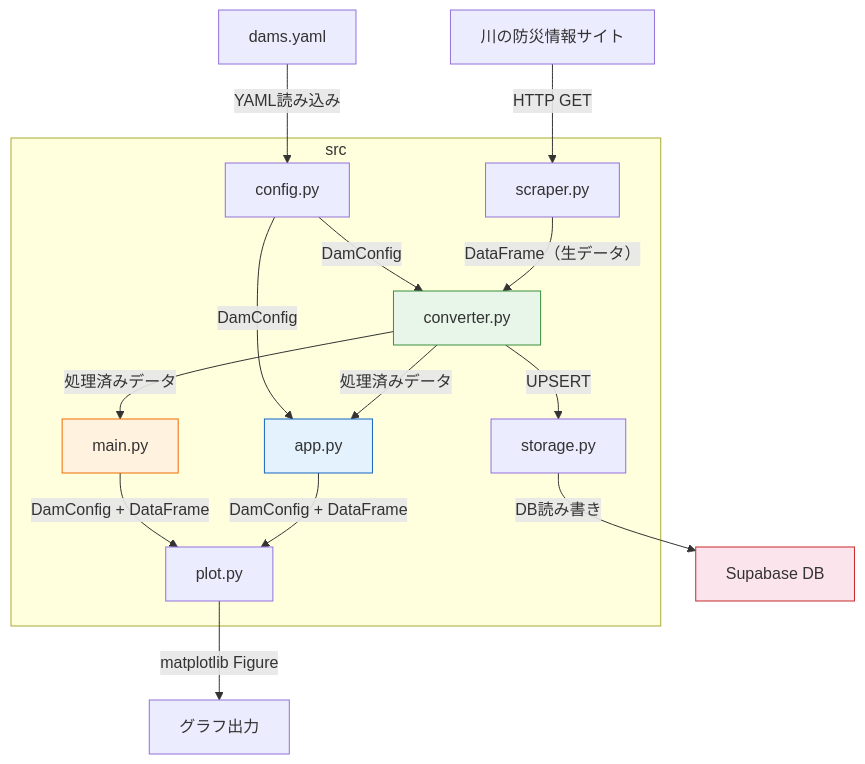
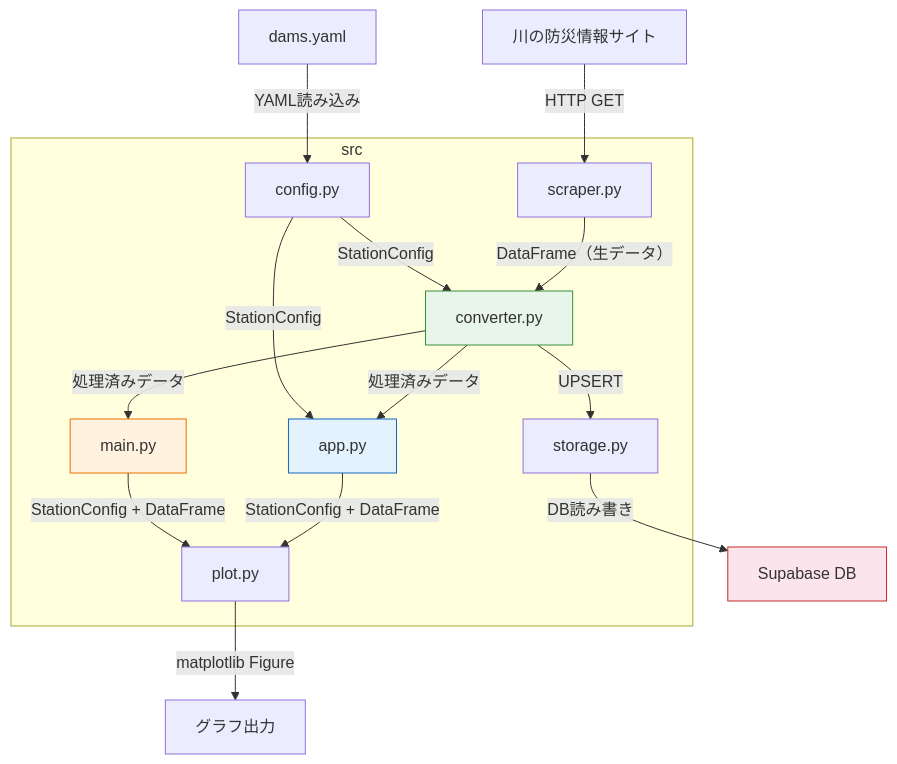
Before and after one commit to yukkie/WaterLevelMonitor: the diagram in doc/Diagram.md, drawn with Mermaid. The commit also changed 11 other files, not shown here.

Commit message:
Refactor: Redesign config structure to explicitly pair Dam and Rain stations

````diff
--- a/doc/Diagram.md
+++ b/doc/Diagram.md
@@ -3,38 +3,38 @@
 ```mermaid
 graph TD
     YAML["dams.yaml"]
     DB["Supabase DB"]
     WEB["川の防災情報サイト"]
     GRAPH["グラフ出力"]
 
     subgraph src
         CONFIG["config.py"]
         SCRAPER["scraper.py"]
         STORAGE["storage.py"]
         CONVERTER["converter.py"]
         PLOT["plot.py"]
         MAIN["main.py"]
         APP["app.py"]
     end
 
     YAML -- "YAML読み込み" --> CONFIG
-    CONFIG -- "DamConfig" --> CONVERTER
-    CONFIG -- "DamConfig" --> APP
+    CONFIG -- "StationConfig" --> CONVERTER
+    CONFIG -- "StationConfig" --> APP
 
     WEB -- "HTTP GET" --> SCRAPER
     SCRAPER -- "DataFrame（生データ）" --> CONVERTER
     CONVERTER -- "UPSERT" --> STORAGE
     STORAGE -- "DB読み書き" --> DB
 
     CONVERTER -- "処理済みデータ" --> MAIN
     CONVERTER -- "処理済みデータ" --> APP
 
-    MAIN -- "DamConfig + DataFrame" --> PLOT
-    APP -- "DamConfig + DataFrame" --> PLOT
+    MAIN -- "StationConfig + DataFrame" --> PLOT
+    APP -- "StationConfig + DataFrame" --> PLOT
     PLOT -- "matplotlib Figure" --> GRAPH
 
     style CONVERTER fill:#e8f5e9,stroke:#388e3c
     style APP fill:#e3f2fd,stroke:#1565c0
     style MAIN fill:#fff3e0,stroke:#ef6c00
     style DB fill:#fce4ec,stroke:#c62828
 ```
````
